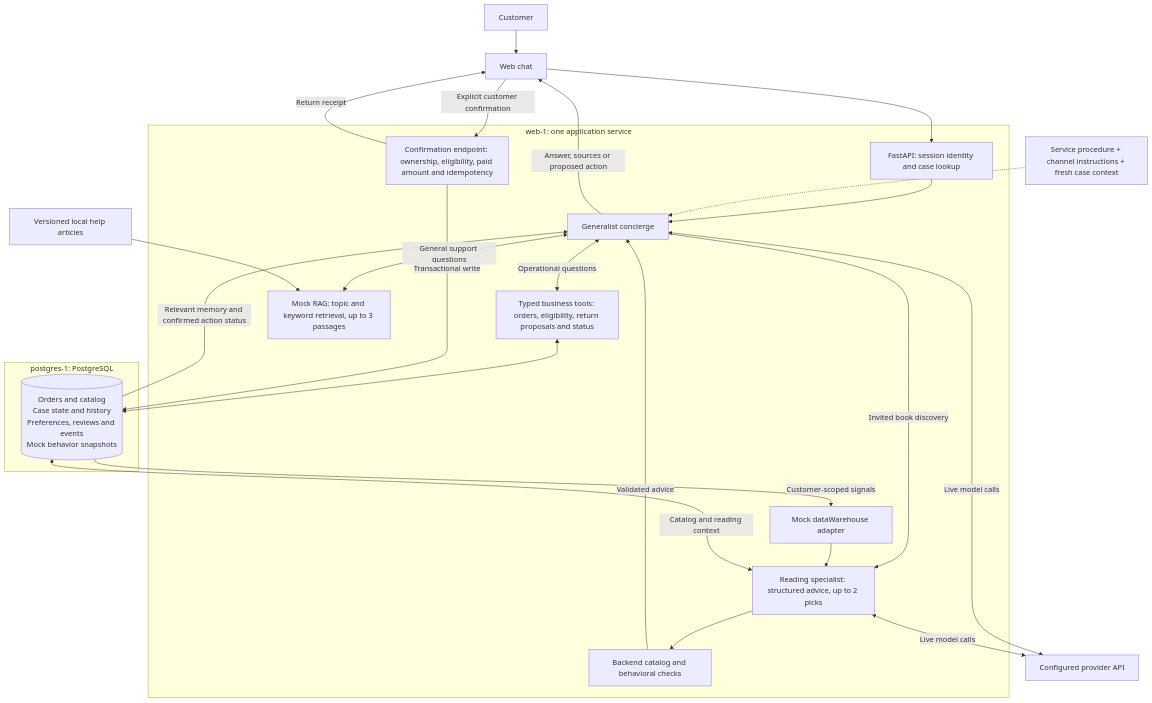
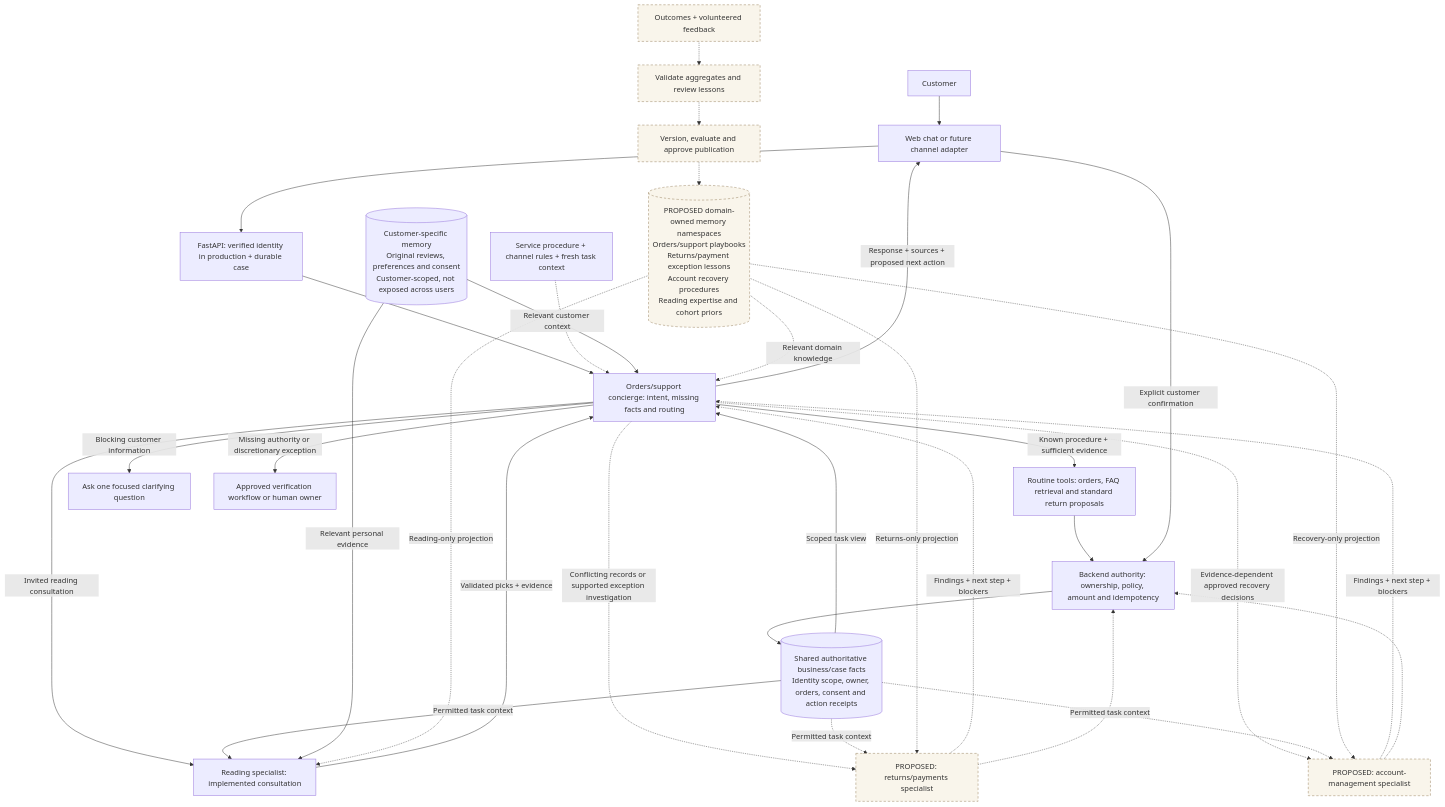
Before and after one commit to shungheonchai/Customer-Agent: the diagram in docs/bookly-architecture.mmd, drawn with Mermaid. The commit also changed 6 other files, not shown here.

```diff
--- a/docs/bookly-architecture.mmd
+++ b/docs/bookly-architecture.mmd
@@ -1,38 +1,43 @@
+%% Proposed hybrid target. Current demo has concierge + reading specialist only.
 flowchart TB
-    customer["Customer"] --> ui["Web chat"]
-    ui --> api["FastAPI: session identity and case lookup"]
-    api --> concierge["Generalist concierge"]
-    prompts["Service procedure + channel instructions + fresh case context"] -.-> concierge
-    concierge <-->|Live model calls| llm["Configured provider API"]
+    C["Customer"] --> UI["Web chat or future channel adapter"]
+    UI --> API["FastAPI: verified identity in production + durable case"]
+    API --> G["Orders/support concierge: intent, missing facts and routing"]
+    PROMPTS["Service procedure + channel rules + fresh task context"] -.-> G
 
-    subgraph web["web-1: one application service"]
-        api
-        concierge
-        tools["Typed business tools: orders, eligibility, return proposals and status"]
-        rag["Mock RAG: topic and keyword retrieval, up to 3 passages"]
-        specialist["Reading specialist: structured advice, up to 2 picks"]
-        validation["Backend catalog and behavioral checks"]
-        warehouse["Mock dataWarehouse adapter"]
-        confirm["Confirmation endpoint: ownership, eligibility, paid amount and idempotency"]
-    end
+    G -->|Known procedure + sufficient evidence| TOOLS["Routine tools: orders, FAQ retrieval and standard return proposals"]
+    G -->|Invited reading consultation| READING["Reading specialist: implemented consultation"]
+    G -.->|Conflicting records or supported exception investigation| RETURNS["PROPOSED: returns/payments specialist"]
+    G -.->|Evidence-dependent approved recovery decisions| ACCOUNT["PROPOSED: account-management specialist"]
+    G -->|Blocking customer information| ASK["Ask one focused clarifying question"]
+    G -->|Missing authority or discretionary exception| HUMAN["Approved verification workflow or human owner"]
 
-    concierge <-->|Operational questions| tools
-    concierge <-->|General support questions| rag
-    articles["Versioned local help articles"] --> rag
-    concierge -->|Invited book discovery| specialist
-    specialist <-->|Live model calls| llm
-    specialist <-->|Catalog and reading context| db
-    warehouse --> specialist
-    specialist --> validation -->|Validated advice| concierge
+    READING -->|Validated picks + evidence| G
+    RETURNS -.->|Findings + next step + blockers| G
+    ACCOUNT -.->|Findings + next step + blockers| G
+    TOOLS --> CHECKS["Backend authority: ownership, policy, amount and idempotency"]
+    RETURNS -.-> CHECKS
+    ACCOUNT -.-> CHECKS
+    UI -->|Explicit customer confirmation| CHECKS
+    CHECKS --> SHARED[("Shared authoritative business/case facts<br/>Identity scope, owner, orders, consent and action receipts")]
+    SHARED -->|Scoped task view| G
+    SHARED -->|Permitted task context| READING
+    SHARED -.->|Permitted task context| RETURNS
+    SHARED -.->|Permitted task context| ACCOUNT
 
-    subgraph storage["postgres-1: PostgreSQL"]
-        db[("Orders and catalog<br/>Case state and history<br/>Preferences, reviews and events<br/>Mock behavior snapshots")]
-    end
-    db -->|Customer-scoped signals| warehouse
-    tools <--> db
-    db -->|Relevant memory and confirmed action status| concierge
+    PERSONAL[("Customer-specific memory<br/>Original reviews, preferences and consent<br/>Customer-scoped, not exposed across users")]
+    PERSONAL -->|Relevant personal evidence| READING
+    PERSONAL -->|Relevant customer context| G
+    UNIQUE[("PROPOSED domain-owned memory namespaces<br/>Orders/support playbooks<br/>Returns/payment exception lessons<br/>Account recovery procedures<br/>Reading expertise and cohort priors")]
+    UNIQUE -.->|Relevant domain knowledge| G
+    UNIQUE -.->|Reading-only projection| READING
+    UNIQUE -.->|Returns-only projection| RETURNS
+    UNIQUE -.->|Recovery-only projection| ACCOUNT
 
-    ui -->|Explicit customer confirmation| confirm
-    confirm -->|Transactional write| db
-    confirm -->|Return receipt| ui
-    concierge -->|Answer, sources or proposed action| ui
+    OUTCOMES["Outcomes + volunteered feedback"] -.-> REVIEW["Validate aggregates and review lessons"]
+    REVIEW -.-> EVAL["Version, evaluate and approve publication"]
+    EVAL -.-> UNIQUE
+    G -->|Response + sources + proposed next action| UI
+
+    classDef proposed fill:#f9f5eb,stroke:#947c58,stroke-dasharray:5 4;
+    class RETURNS,ACCOUNT,UNIQUE,OUTCOMES,REVIEW,EVAL proposed;
```
